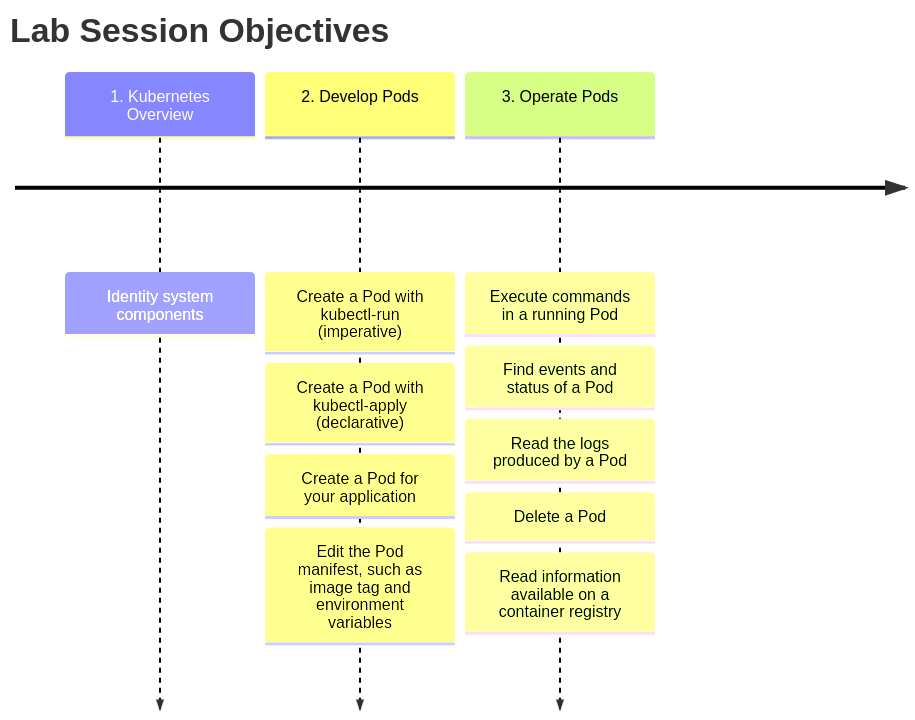
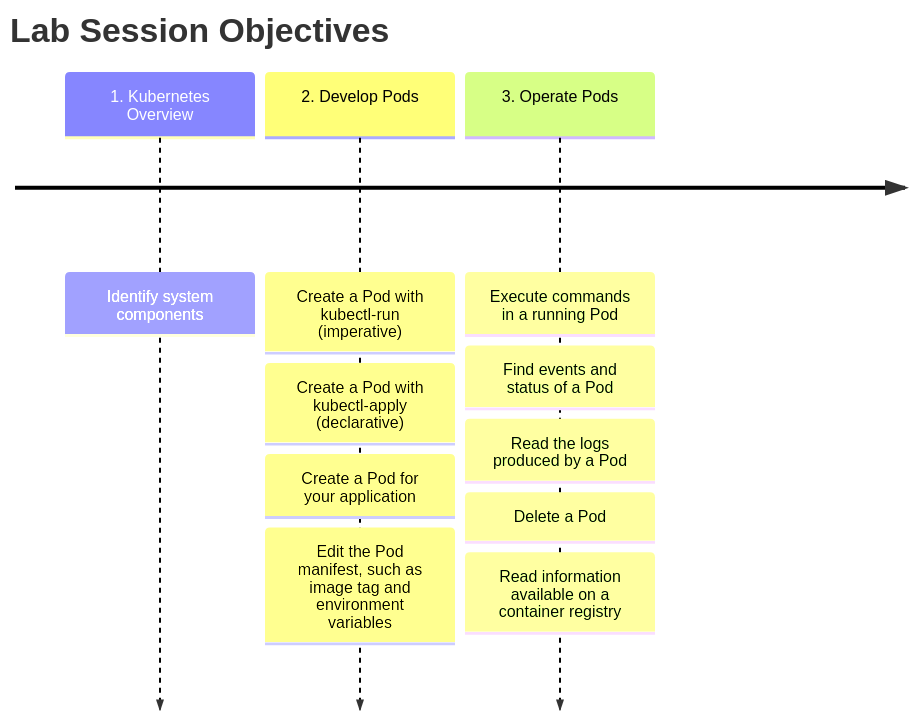
One commit to mincong-classroom/containers changed the diagram in docs/lab-2.md. Above: the diagram before and after it, drawn with Mermaid. The commit also changed other lines of this file, not shown here.

Commit message:
[L2] Fix typos in the Lab 2 description
"Identify system components" in the objectives, and "Java pod" in Exercise 5.

````diff
--- a/docs/lab-2.md
+++ b/docs/lab-2.md
@@ -11,17 +11,17 @@
 ``` mermaid
 timeline
     title Lab Session Objectives
     1. Kubernetes Overview
-        : Identity system components
+        : Identify system components
     2. Develop Pods
         : Create a Pod with kubectl-run (imperative)
         : Create a Pod with kubectl-apply (declarative)
         : Create a Pod for your application
         : Edit the Pod manifest, such as image tag and environment variables
     3. Operate Pods
         : Execute commands in a running Pod
         : Find events and status of a Pod
         : Read the logs produced by a Pod
         : Delete a Pod
         : Read information available on a container registry
 ```
````
